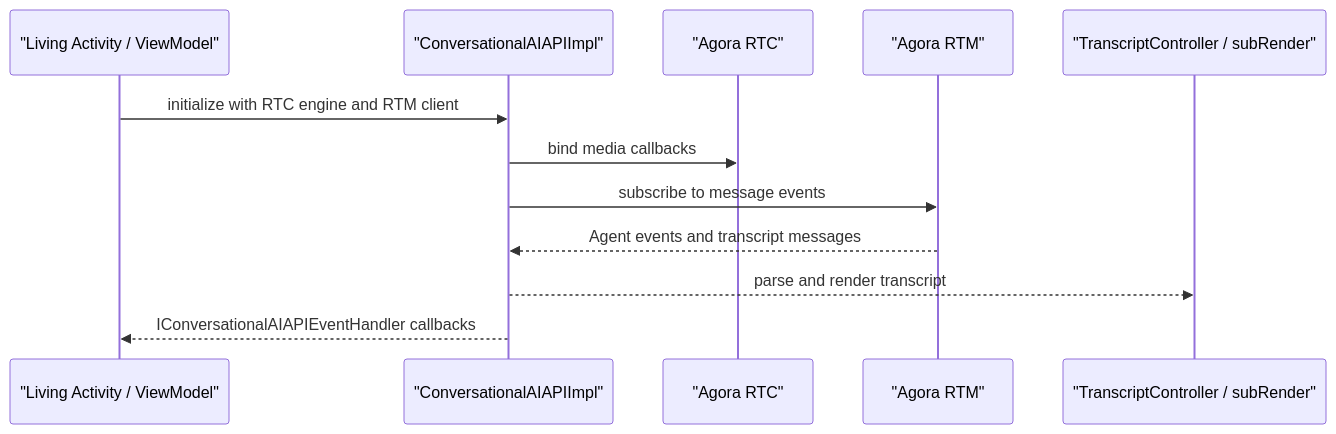
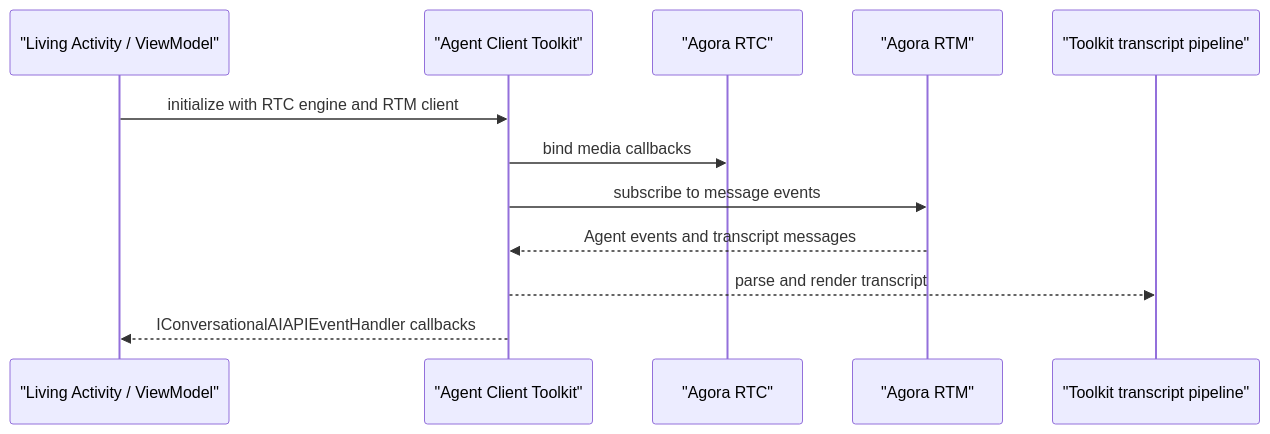
The fourth of 6 diagrams in Android/ARCHITECTURE.md (AgoraIO-Community/Conversational-AI-Demo), drawn with Mermaid before and after one commit. The commit also changed other lines of this file and 24 other files, not shown here.

First line of the commit message:
refactor(android): adopt agent client toolkit

````diff
--- a/Android/ARCHITECTURE.md
+++ b/Android/ARCHITECTURE.md
@@ -95,15 +100,15 @@
 ```mermaid
 sequenceDiagram
   participant UI as "Living Activity / ViewModel"
-  participant API as "ConversationalAIAPIImpl"
+  participant API as "Agent Client Toolkit"
   participant RTC as "Agora RTC"
   participant RTM as "Agora RTM"
-  participant Transcript as "TranscriptController / subRender"
+  participant Transcript as "Toolkit transcript pipeline"
 
   UI->>API: initialize with RTC engine and RTM client
   API->>RTC: bind media callbacks
   API->>RTM: subscribe to message events
   RTM-->>API: Agent events and transcript messages
   API-->>Transcript: parse and render transcript
   API-->>UI: IConversationalAIAPIEventHandler callbacks
 ```
````
